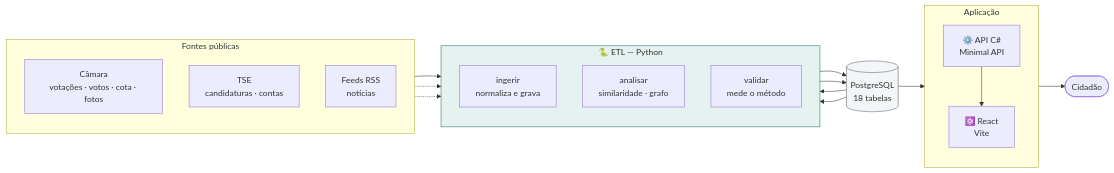
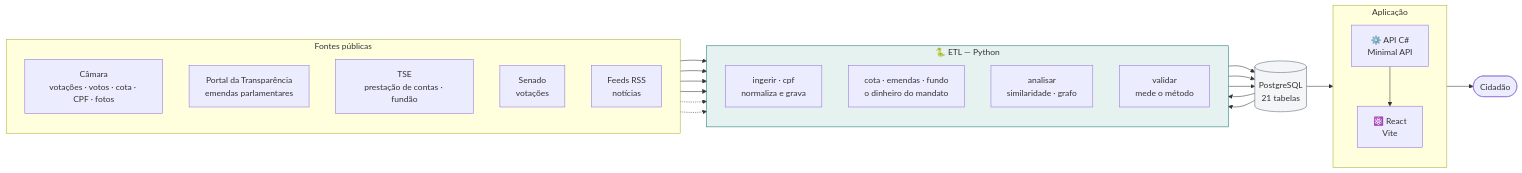
Before and after one commit to IgorLucasAssuncao/poligraph: the first of 4 diagrams in README.md, drawn with Mermaid. The commit also changed other lines of this file and 11 other files, not shown here.

````diff
--- a/README.md
+++ b/README.md
@@ -104,37 +151,44 @@
 ```mermaid
 flowchart LR
     subgraph FONTES["Fontes públicas"]
         direction TB
-        CAM["Câmara<br/>votações · votos · cota · fotos"]
-        TSE["TSE<br/>candidaturas · contas"]
+        CAM["Câmara<br/>votações · votos · cota · CPF · fotos"]
+        POR["Portal da Transparência<br/>emendas parlamentares"]
+        TSE["TSE<br/>prestação de contas · fundão"]
+        SEN["Senado<br/>votações"]
         RSS["Feeds RSS<br/>notícias"]
     end
 
     subgraph ETL["🐍 ETL — Python"]
         direction TB
-        ING["ingerir<br/>normaliza e grava"]
+        ING["ingerir · cpf<br/>normaliza e grava"]
+        DIN["cota · emendas · fundo<br/>o dinheiro do mandato"]
         ANA["analisar<br/>similaridade · grafo"]
         VAL["validar<br/>mede o método"]
     end
 
-    PG[("PostgreSQL<br/>18 tabelas")]
+    PG[("PostgreSQL<br/>21 tabelas")]
 
     subgraph APP["Aplicação"]
         direction TB
         API["⚙️ API C#<br/>Minimal API"]
         WEB["⚛️ React<br/>Vite"]
     end
 
     CIDADAO(["Cidadão"])
 
     CAM --> ING
-    TSE -.-> ING
+    CAM --> DIN
+    POR --> DIN
+    TSE --> DIN
+    SEN -.-> ING
     RSS -.-> ING
     ING --> PG
+    DIN --> PG
     PG --> ANA --> PG
     PG --> VAL
     PG --> API --> WEB --> CIDADAO
 
     style ETL fill:#e6f2f0,stroke:#0f766e
     style PG fill:#f3f5f7,stroke:#5b6673
 ```
````
